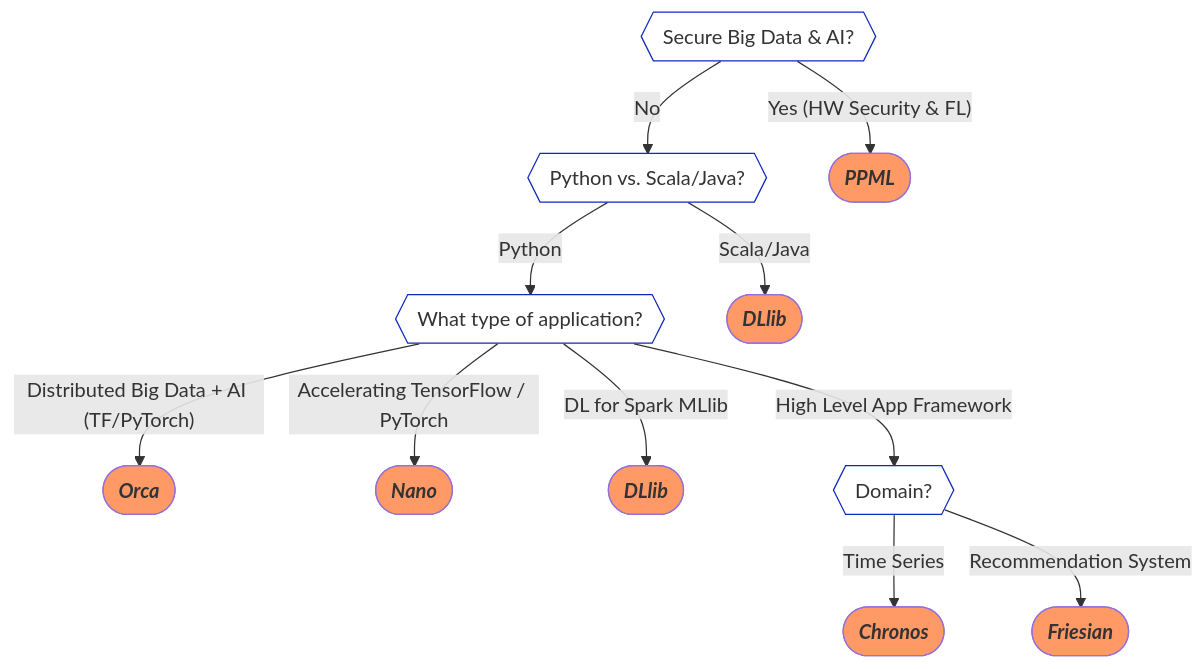
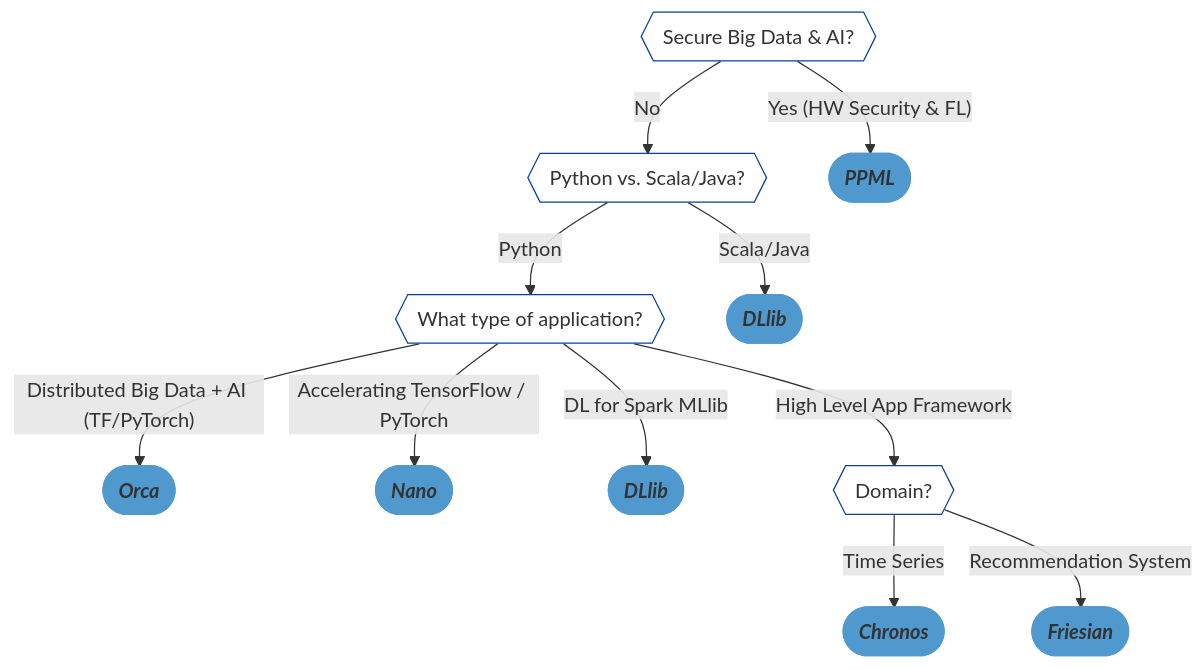
One commit to intel-analytics/ipex-llm changed the diagram in README.md. Above: the diagram before and after it, drawn with Mermaid.

````diff
--- a/README.md
+++ b/README.md
@@ -30,28 +30,28 @@
 ```mermaid
 flowchart TD;
     Feature1{{Secure Big Data & AI?}};
     Feature1-- No -->Feature2{{Python vs. Scala/Java?}};
     Feature1-- "Yes (HW Security & FL)"  -->ReferPPML([<em><strong>PPML</strong></em>]);
     Feature2-- Python -->Feature3{{What type of application?}};
     Feature2-- Scala/Java -->ReferDLlib([<em><strong>DLlib</strong></em>]);
     Feature3-- "Distributed Big Data + AI (TF/PyTorch)" -->ReferOrca([<em><strong>Orca</strong></em>]);
     Feature3-- Accelerating TensorFlow / PyTorch -->ReferNano([<em><strong>Nano</strong></em>]);
     Feature3-- DL for Spark MLlib -->ReferDLlib2([<em><strong>DLlib</strong></em>]);
     Feature3-- High Level App Framework -->Feature4{{Domain?}};
     Feature4-- Time Series -->ReferChronos([<em><strong>Chronos</strong></em>]);
     Feature4-- Recommendation System -->ReferFriesian([<em><strong>Friesian</strong></em>]);
     
     click ReferNano "https://github.com/jason-dai/BigDL/tree/readme#nano"
     click ReferOrca "https://github.com/jason-dai/BigDL/tree/readme#orca"
     click ReferDLlib "https://github.com/jason-dai/BigDL/tree/readme#dllib"
     click ReferDLlib2 "https://github.com/jason-dai/BigDL/tree/readme#dllib"
     click ReferChronos "https://github.com/jason-dai/BigDL/tree/readme#chronos"
     click ReferFriesian "https://github.com/jason-dai/BigDL/tree/readme#friesian"
     click ReferPPML "https://github.com/jason-dai/BigDL/tree/readme#ppml"
     
-    classDef ReferStyle1 fill:#f96;
-    classDef Feature fill:#FFF,stroke:#0f29ba,stroke-width:1px;
+    classDef ReferStyle1 fill:#5099ce,stroke:#5099ce;
+    classDef Feature fill:#FFF,stroke:#08409c,stroke-width:1px;
     class ReferNano,ReferOrca,ReferDLlib,ReferDLlib2,ReferChronos,ReferFriesian,ReferPPML ReferStyle1;
     class Feature1,Feature2,Feature3,Feature4,Feature5,Feature6,Feature7 Feature;
     
 ```
````
